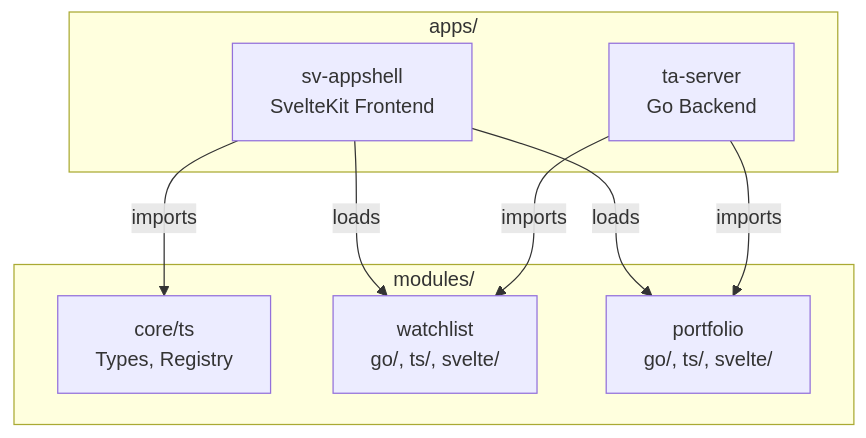
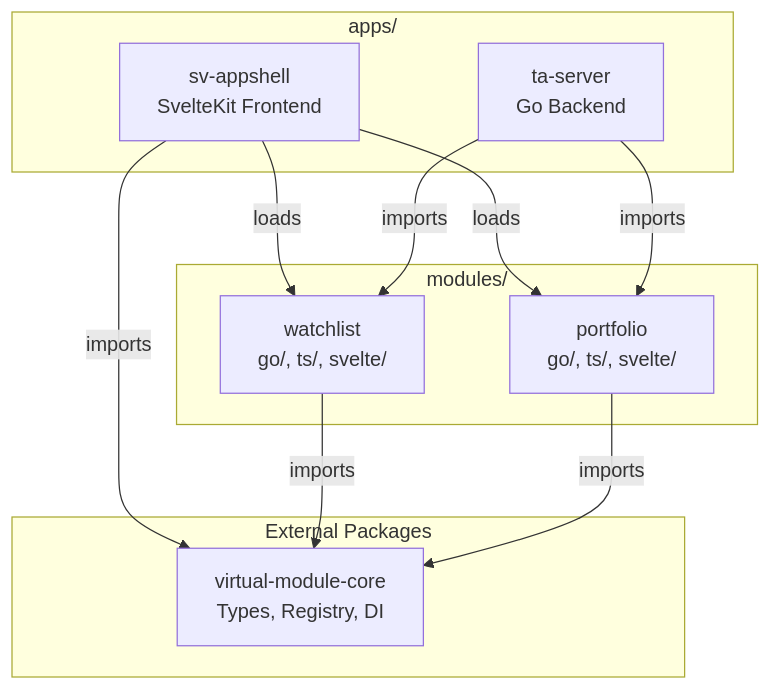
One commit to reidlai/ta-workspace changed the first of 2 diagrams in docs/APPSHELL-ARCHITECTURE.md. Above: the diagram before and after it, drawn with Mermaid. The commit also changed other lines of this file and 4 other files, not shown here.

Commit message:
fix: update documentation to referen package virtual-module-core

````diff
--- a/docs/APPSHELL-ARCHITECTURE.md
+++ b/docs/APPSHELL-ARCHITECTURE.md
@@ -13,19 +13,24 @@
 ```mermaid
 flowchart TD
     subgraph Apps["apps/"]
         SV[sv-appshell<br/>SvelteKit Frontend]
         TA[ta-server<br/>Go Backend]
     end
 
     subgraph Modules["modules/"]
-        Core[core/ts<br/>Types, Registry]
         WL[watchlist<br/>go/, ts/, svelte/]
         PF[portfolio<br/>go/, ts/, svelte/]
+    end
+    
+    subgraph External["External Packages"]
+        Core[virtual-module-core<br/>Types, Registry, DI]
     end
 
     SV -->|imports| Core
     SV -->|loads| WL
     SV -->|loads| PF
+    WL --> |imports| Core
+    PF --> |imports| Core
     TA -->|imports| WL
     TA -->|imports| PF
 ```
````
